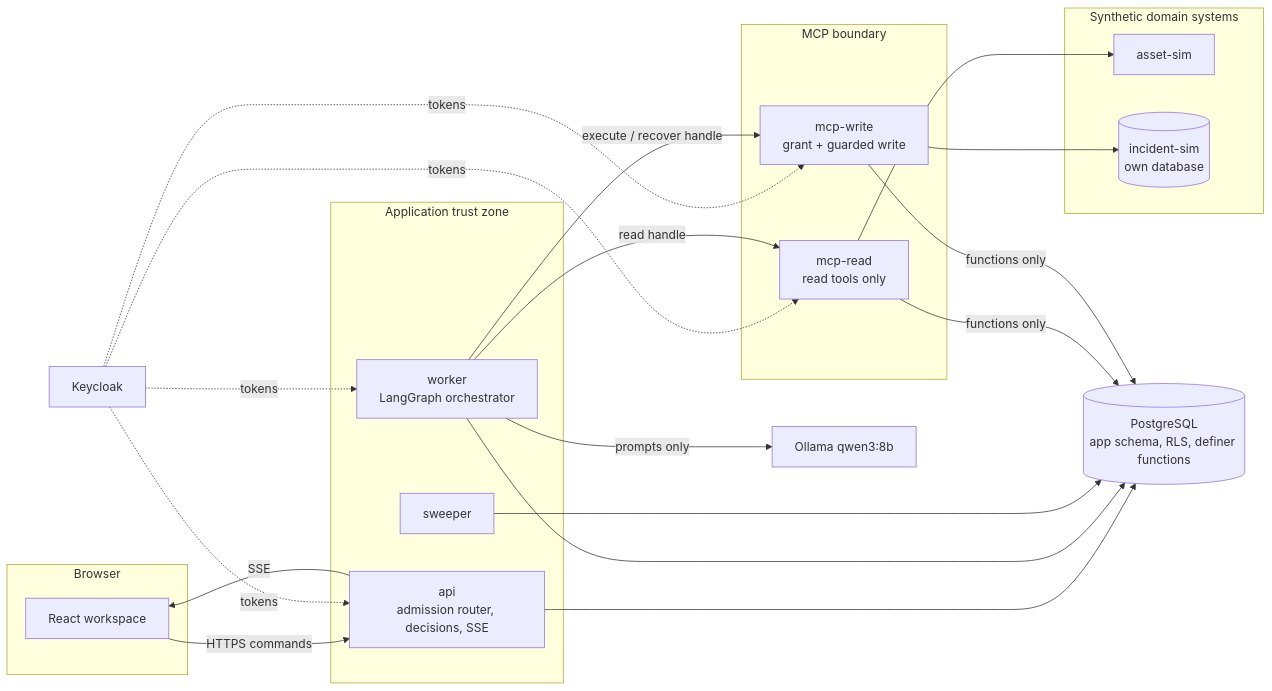
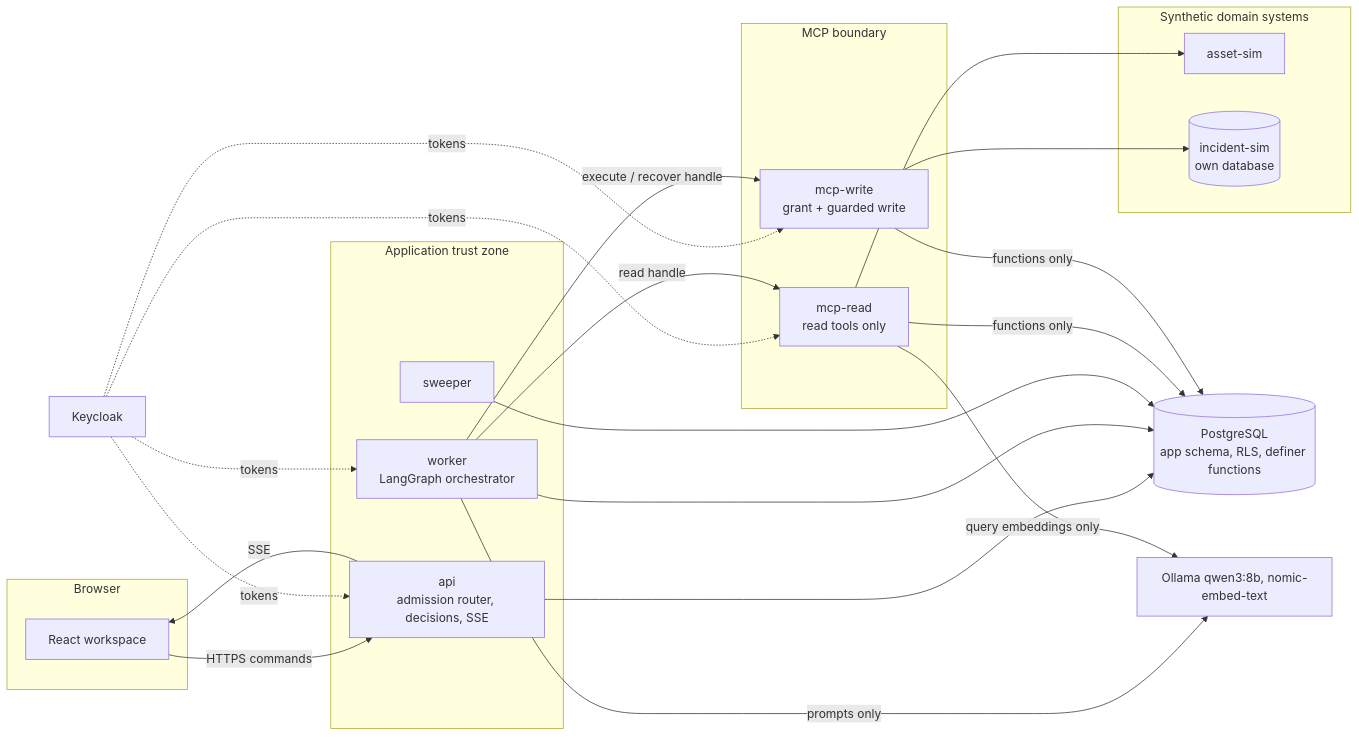
One commit to jschnepel/MLOps changed the first of 2 diagrams in docs/ARCHITECTURE.md. Above: the diagram before and after it, drawn with Mermaid. The commit also changed other lines of this file and 5 other files, not shown here.

````diff
--- a/docs/ARCHITECTURE.md
+++ b/docs/ARCHITECTURE.md
@@ -11,35 +11,36 @@
 ```mermaid
 flowchart LR
   subgraph browser [Browser]
     UI[React workspace]
   end
   subgraph app [Application trust zone]
     API[api<br/>admission router, decisions, SSE]
     W[worker<br/>LangGraph orchestrator]
     SW[sweeper]
   end
   subgraph mcp [MCP boundary]
     MR[mcp-read<br/>read tools only]
     MW[mcp-write<br/>grant + guarded write]
   end
   subgraph sims [Synthetic domain systems]
     AS[asset-sim]
     IS[(incident-sim<br/>own database)]
   end
   KC[Keycloak]
   PG[(PostgreSQL<br/>app schema, RLS, definer functions)]
-  OL[Ollama qwen3:8b]
+  OL[Ollama qwen3:8b, nomic-embed-text]
   UI -->|HTTPS commands| API
   API -->|SSE| UI
   KC -.tokens.-> API & W & MR & MW
   API --> PG
   W --> PG
   SW --> PG
   W -->|read handle| MR
   W -->|execute / recover handle| MW
   W -->|prompts only| OL
   MR -->|functions only| PG
   MW -->|functions only| PG
   MR --> AS
+  MR -->|query embeddings only| OL
   MW --> IS
 ```
````
